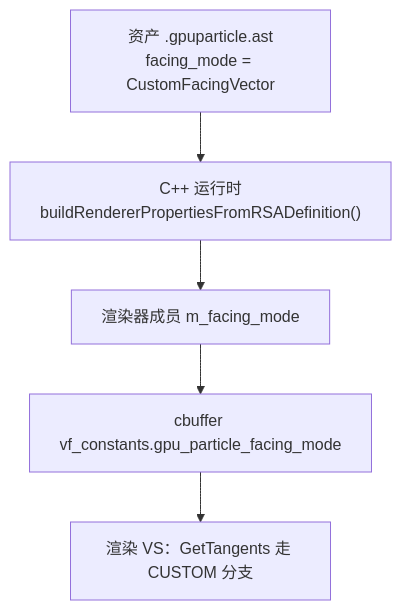
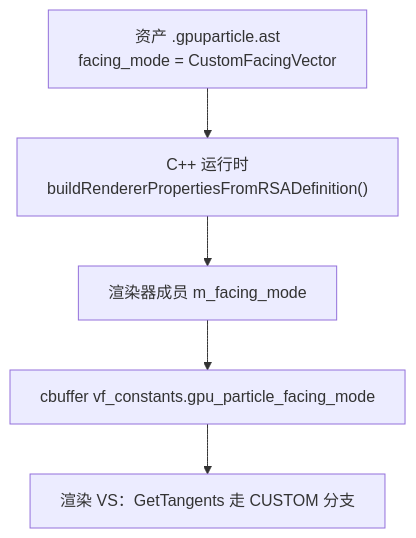
Before and after one commit to kctaig/ue: the diagram in docs/documentation_guide.md, drawn with Mermaid. The commit also changed other lines of this file and 2 other files, not shown here.

````diff
--- a/docs/documentation_guide.md
+++ b/docs/documentation_guide.md
@@ -162,7 +194,8 @@
 ```mermaid
+%%{init: {'flowchart': {'wrappingWidth': 400}}}%%
 flowchart TD
     A["资产 .gpuparticle.ast<br/>facing_mode = CustomFacingVector"] --> B["C++ 运行时<br/>buildRendererPropertiesFromRSADefinition()"]
     B --> C["渲染器成员 m_facing_mode"]
     C --> D["cbuffer vf_constants.gpu_particle_facing_mode"]
     D --> E["渲染 VS：GetTangents 走 CUSTOM 分支"]
 ```
````
